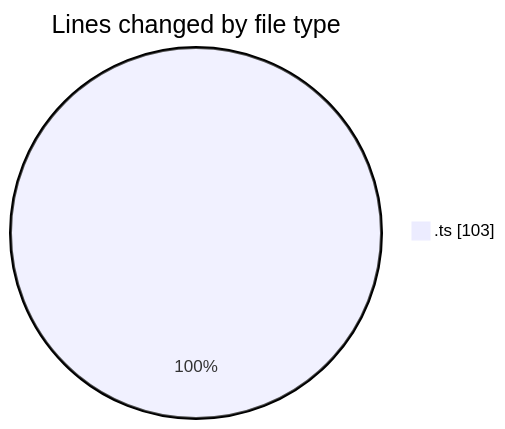
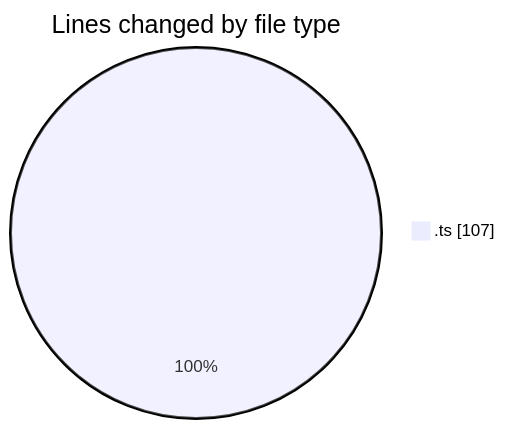
One commit to momahboobian/code-tracking changed the first of 2 diagrams in 2025-05-30/cda/README.md. Above: the diagram before and after it, drawn with Mermaid. The commit also changed other lines of this file and 1 other file, not shown here.

````diff
--- a/2025-05-30/cda/README.md
+++ b/2025-05-30/cda/README.md
@@ -21,5 +21,5 @@
 ```mermaid
 pie showData
 title Lines changed by file type
-".ts" : 103
+".ts" : 107
 ```
````
